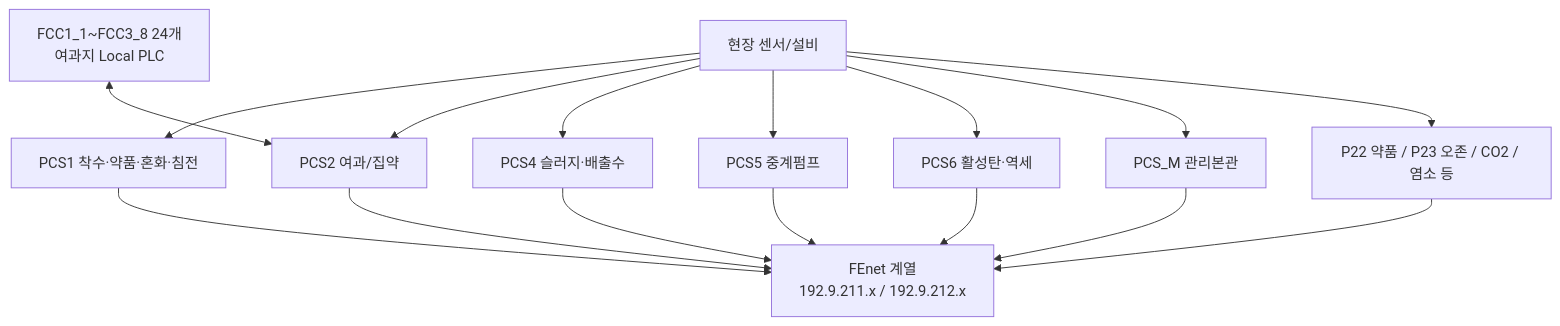
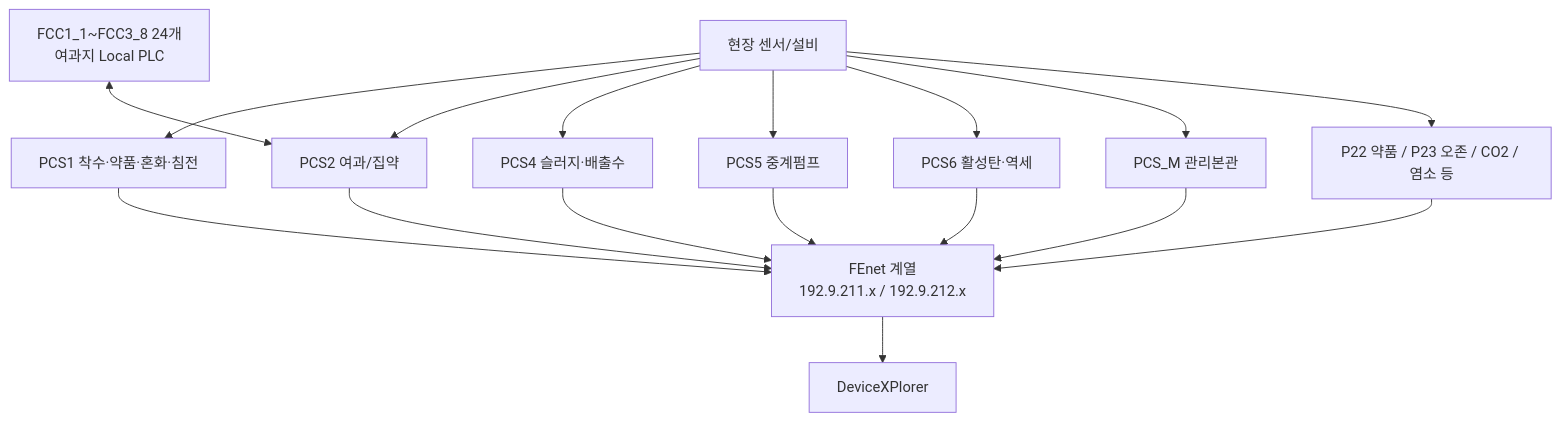
The second of 3 diagrams in 20-Water-AI/광암/20-현장-시스템/01-광암-데이터흐름-및-통신구조.md (hori5000/Rulmera-OPA), drawn with Mermaid before and after one commit. The commit also changed other lines of this file and 190 other files, not shown here.

````diff
--- a/20-Water-AI/광암/20-현장-시스템/01-광암-데이터흐름-및-통신구조.md
+++ b/20-Water-AI/광암/20-현장-시스템/01-광암-데이터흐름-및-통신구조.md
@@ -137,12 +64,15 @@
 ```mermaid
 flowchart TB
   F["현장 센서/설비"] --> P1["PCS1 착수·약품·혼화·침전"]
   F --> P2["PCS2 여과/집약"]
   F --> P4["PCS4 슬러지·배출수"]
   F --> P5["PCS5 중계펌프"]
   F --> P6["PCS6 활성탄·역세"]
   F --> PM["PCS_M 관리본관"]
   F --> AUX["P22 약품 / P23 오존 / CO2 / 염소 등"]
-  FCC["FCC1_1~FCC3_8 24개<br/>여과지 Local PLC"] <--> P2
-  P1 & P2 & P4 & P5 & P6 & PM & AUX --> NET["FEnet 계열<br/>192.9.211.x / 192.9.212.x"]
+  FCC["FCC1_1~FCC3_8 24개
+여과지 Local PLC"] <--> P2
+  P1 & P2 & P4 & P5 & P6 & PM & AUX --> NET["FEnet 계열
+192.9.211.x / 192.9.212.x"]
+  NET --> DXP["DeviceXPlorer"]
 ```
````
